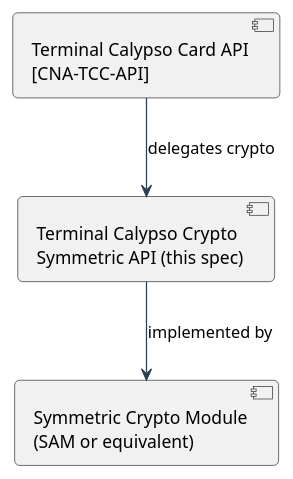
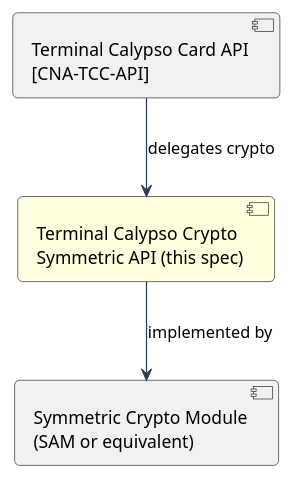
The first of 2 diagrams in api_specification.adoc (calypsonet/calypsonet-terminal-calypso-crypto-symmetric-uml-api), drawn with PlantUML before and after one commit.

```diff
--- a/api_specification.adoc
+++ b/api_specification.adoc
@@ -255,15 +255,15 @@
 [plantuml, target=architecture-overview, format=svg]
 ....
 @startuml
 skinparam shadowing false
 skinparam roundCorner 8
 skinparam ArrowColor #2C3E50
 
 component "Terminal Calypso Card API\n[CNA-TCC-API]" as TCC
-component "Terminal Calypso Crypto\nSymmetric API (this spec)" as TCCS
+component "Terminal Calypso Crypto\nSymmetric API (this spec)" as TCCS #LightYellow
 component "Symmetric Crypto Module\n(SAM or equivalent)" as Mod
 
 TCC --> TCCS : delegates crypto
 TCCS --> Mod : implemented by
 @enduml
 ....
```
